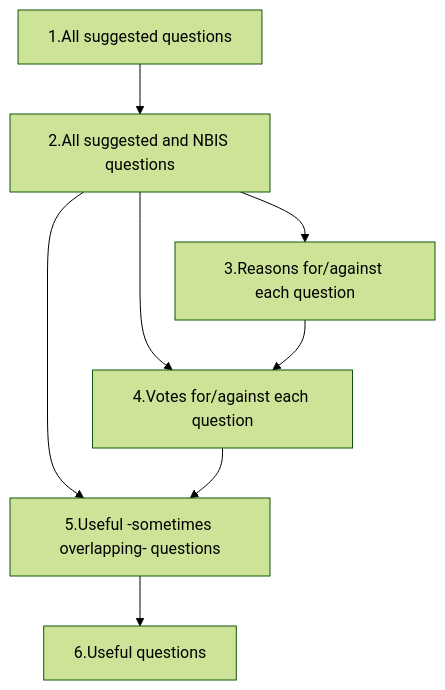
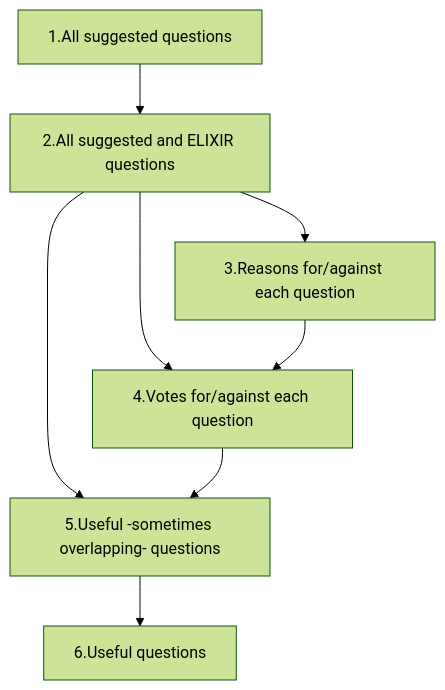
The diagram in docs/methods.md (NBISweden/elixir_evaluation_evaluation), drawn with Mermaid (forest theme) before and after one commit. The commit also changed 3 other files, not shown here.

````diff
--- a/docs/methods.md
+++ b/docs/methods.md
@@ -28,17 +28,17 @@
 ```mermaid
 flowchart TD
   data_set_1[1.All suggested questions]
-  data_set_2[2.All suggested and NBIS questions]
+  data_set_2[2.All suggested and ELIXIR questions]
   data_set_3[3.Reasons for/against each question]
   data_set_4[4.Votes for/against each question]
   data_set_5[5.Useful -sometimes overlapping- questions]
   data_set_6[6.Useful questions]
 
   data_set_1 --> data_set_2
   data_set_2 --> data_set_3
   data_set_2 --> data_set_4
   data_set_3 --> data_set_4
   data_set_2 --> data_set_5
   data_set_4 --> data_set_5
   data_set_5 --> data_set_6
 ```
````
